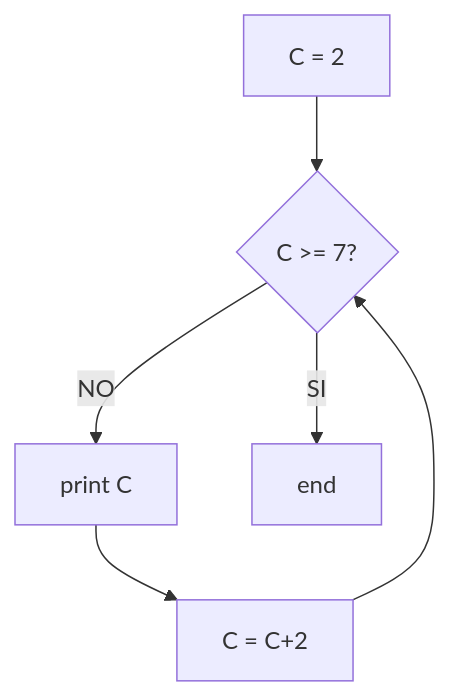
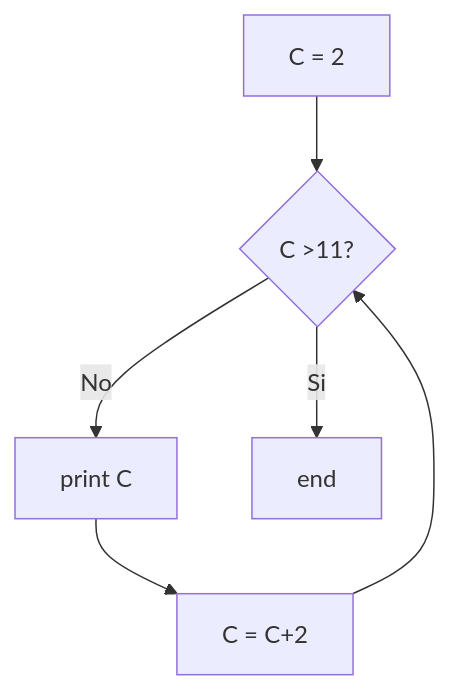
The diagram in Ejercicio6.md (Chabok52/TP_8), drawn with Mermaid before and after one commit. The commit also changed other lines of this file, not shown here.

````diff
--- a/Ejercicio6.md
+++ b/Ejercicio6.md
@@ -3,8 +3,8 @@
 ```mermaid
 flowchart TD
-	A[C = 2] --> B{C >= 7?}
-	B --> |NO| C[print C]
+	A[C = 2] --> B{C >11?}
+	B --> |No| C[print C]
 	C --> D[C = C+2]
 	D --> B
-	B --> |SI| E[end]
+	B --> |Si| E[end]
 ```
````
